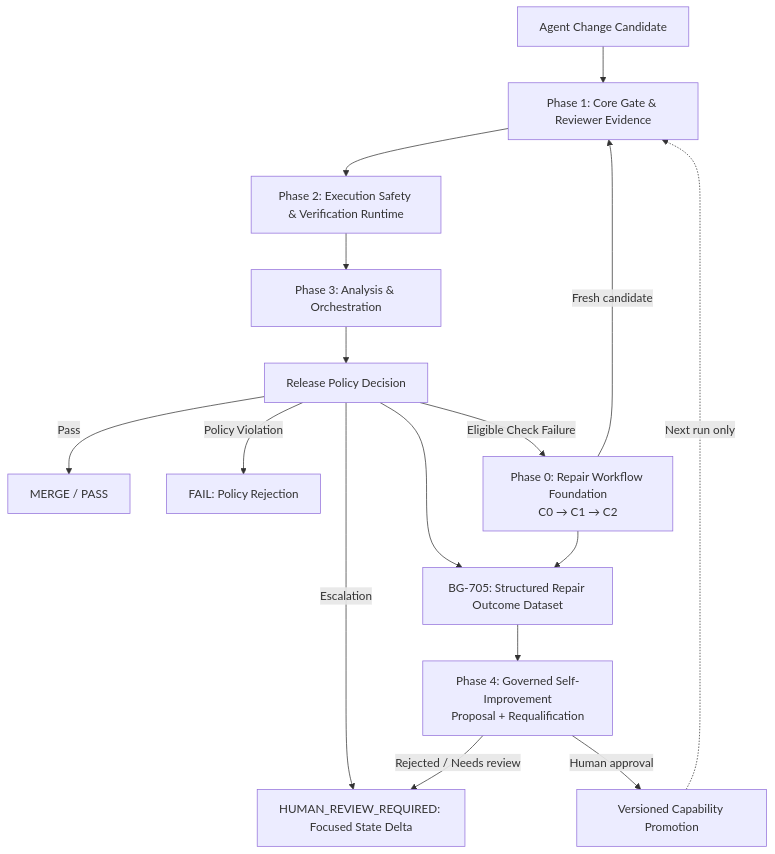
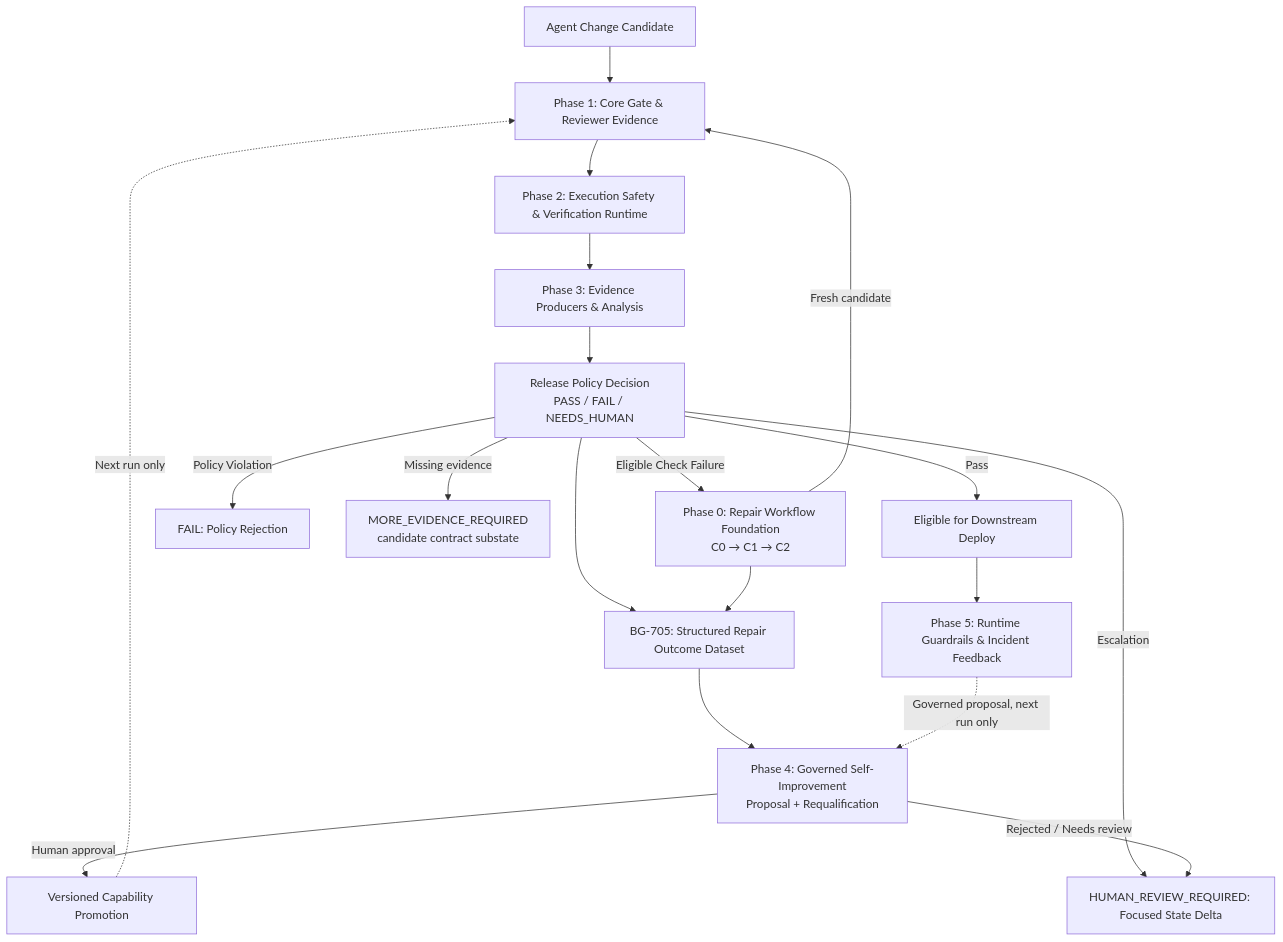
The diagram in release-gate/docs/backlog.md (jerryshao2012/blindspot-remediation), drawn with Mermaid before and after one commit. The commit also changed other lines of this file, not shown here.

First line of the commit message:
docs(backlog): update backlog documentation with new epics and clarify architecture boundaries

````diff
--- a/release-gate/docs/backlog.md
+++ b/release-gate/docs/backlog.md
@@ -30,18 +68,21 @@
 ```mermaid
 flowchart TD
     A[Agent Change Candidate] --> B[Phase 1: Core Gate & Reviewer Evidence]
     B --> C[Phase 2: Execution Safety & Verification Runtime]
-    C --> D[Phase 3: Analysis & Orchestration]
-    D --> E[Release Policy Decision]
-    E -->|Pass| H[MERGE / PASS]
+    C --> D[Phase 3: Evidence Producers & Analysis]
+    D --> E[Release Policy Decision<br/>PASS / FAIL / NEEDS_HUMAN]
+    E -->|Pass| H[Eligible for Downstream Deploy]
     E -->|Escalation| I[HUMAN_REVIEW_REQUIRED: Focused State Delta]
     E -->|Policy Violation| J[FAIL: Policy Rejection]
+    E -->|Missing evidence| N[MORE_EVIDENCE_REQUIRED<br/>candidate contract substate]
     E -->|Eligible Check Failure| R[Phase 0: Repair Workflow Foundation<br/>C0 → C1 → C2]
     R -->|Fresh candidate| B
     E --> K[BG-705: Structured Repair Outcome Dataset]
     R --> K
     K --> L[Phase 4: Governed Self-Improvement<br/>Proposal + Requalification]
     L -->|Human approval| M[Versioned Capability Promotion]
     L -->|Rejected / Needs review| I
     M -.->|Next run only| B
+    H --> O[Phase 5: Runtime Guardrails & Incident Feedback]
+    O -.->|Governed proposal, next run only| L
 ```
````
